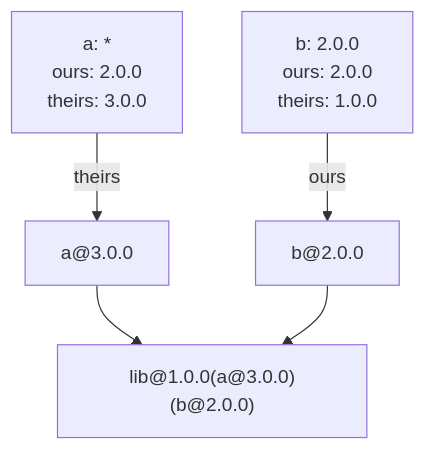
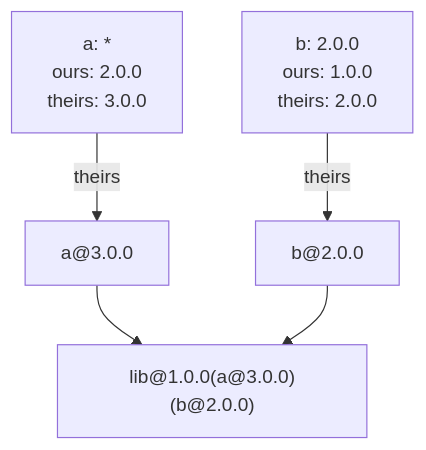
The diagram in docs/diagrams/peer-selection.mmd (Sec-ant/locksmith), drawn with Mermaid before and after one commit. The commit also changed 23 other files, not shown here.

First line of the commit message:
docs: sync diagrams, design doc, README, skills, TS types, package metadata, and justfile

```diff
--- a/docs/diagrams/peer-selection.mmd
+++ b/docs/diagrams/peer-selection.mmd
@@ -1,5 +1,5 @@
 flowchart TB
   a["a: *<br/>ours: 2.0.0<br/>theirs: 3.0.0"] -->|theirs| a3["a@3.0.0"]
-  b["b: 2.0.0<br/>ours: 2.0.0<br/>theirs: 1.0.0"] -->|ours| b2["b@2.0.0"]
+  b["b: 2.0.0<br/>ours: 1.0.0<br/>theirs: 2.0.0"] -->|theirs| b2["b@2.0.0"]
   a3 --> lib["lib@1.0.0(a@3.0.0)(b@2.0.0)"]
   b2 --> lib
```
